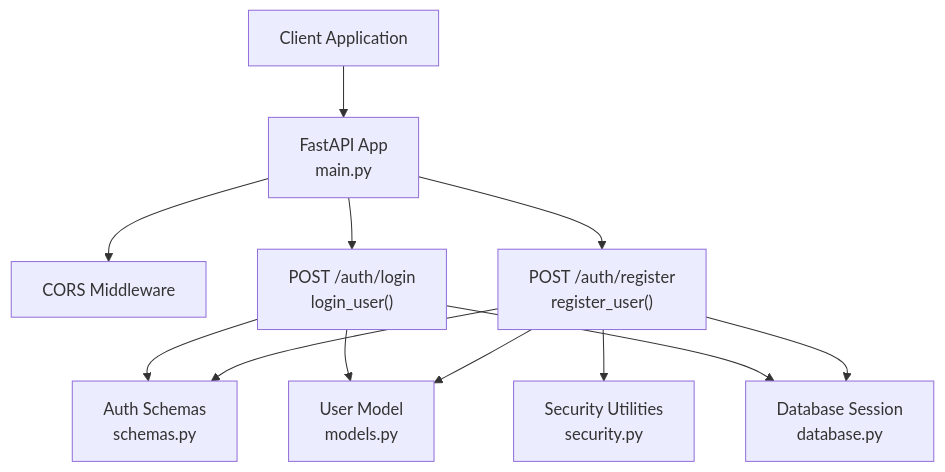
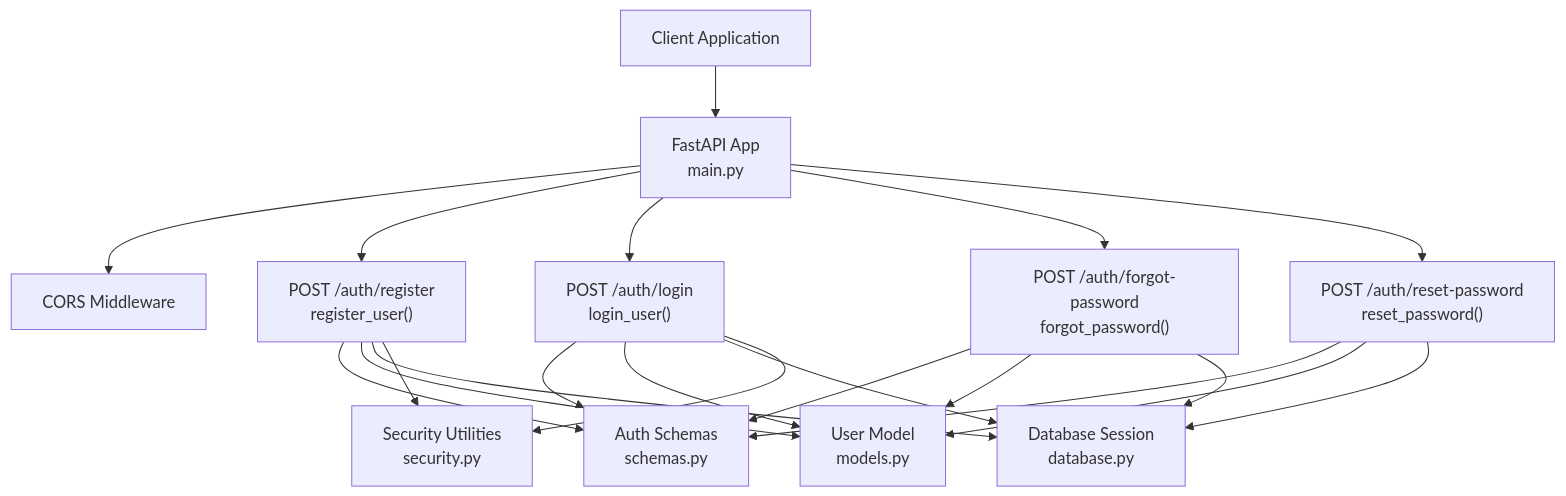
Before and after one commit to vinhle-HCMUT/MuseAmigo_API: the first of 11 diagrams in .qoder/repowiki/en/content/API Reference/Authentication Endpoints.md, drawn with Mermaid. The commit also changed other lines of this file and 5 other files, not shown here.

````diff
--- a/.qoder/repowiki/en/content/API Reference/Authentication Endpoints.md
+++ b/.qoder/repowiki/en/content/API Reference/Authentication Endpoints.md
@@ -40,14 +50,23 @@
 ```mermaid
 graph TB
 client["Client Application"] --> api["FastAPI App<br/>main.py"]
 api --> cors["CORS Middleware"]
 api --> register["POST /auth/register<br/>register_user()"]
 api --> login["POST /auth/login<br/>login_user()"]
+api --> forgot["POST /auth/forgot-password<br/>forgot_password()"]
+api --> reset["POST /auth/reset-password<br/>reset_password()"]
 register --> schemas_auth["Auth Schemas<br/>schemas.py"]
 login --> schemas_auth
+forgot --> schemas_auth
+reset --> schemas_auth
 register --> user_model["User Model<br/>models.py"]
 login --> user_model
+forgot --> user_model
+reset --> user_model
 register --> db["Database Session<br/>database.py"]
 login --> db
+forgot --> db
+reset --> db
 register --> security["Security Utilities<br/>security.py"]
+login --> security
 ```
````
